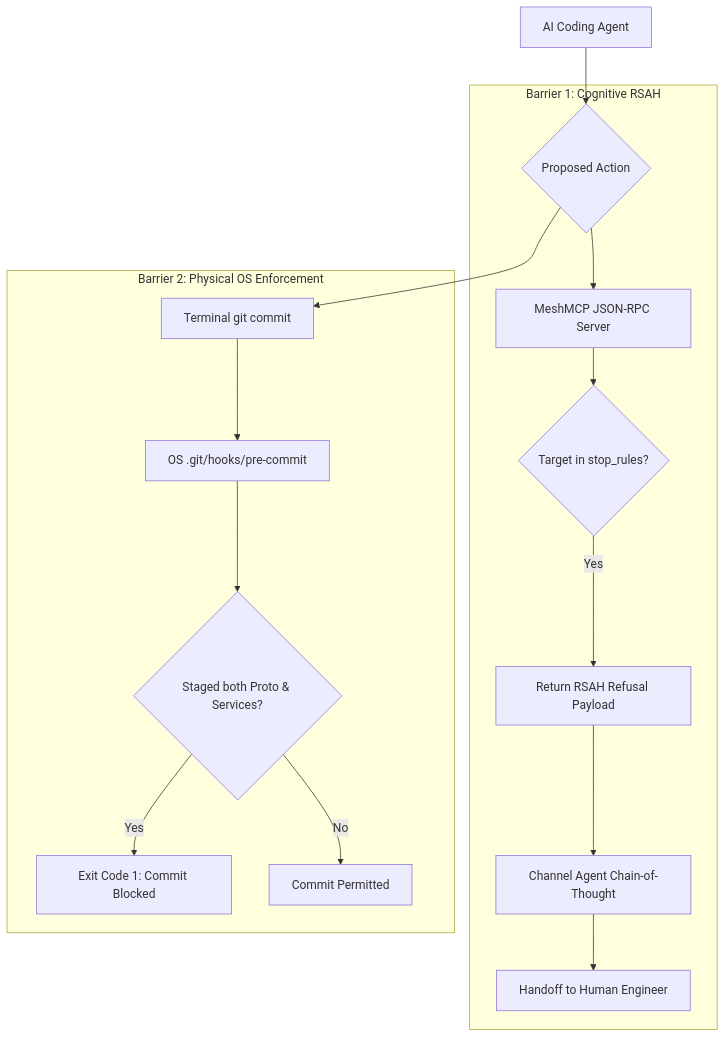
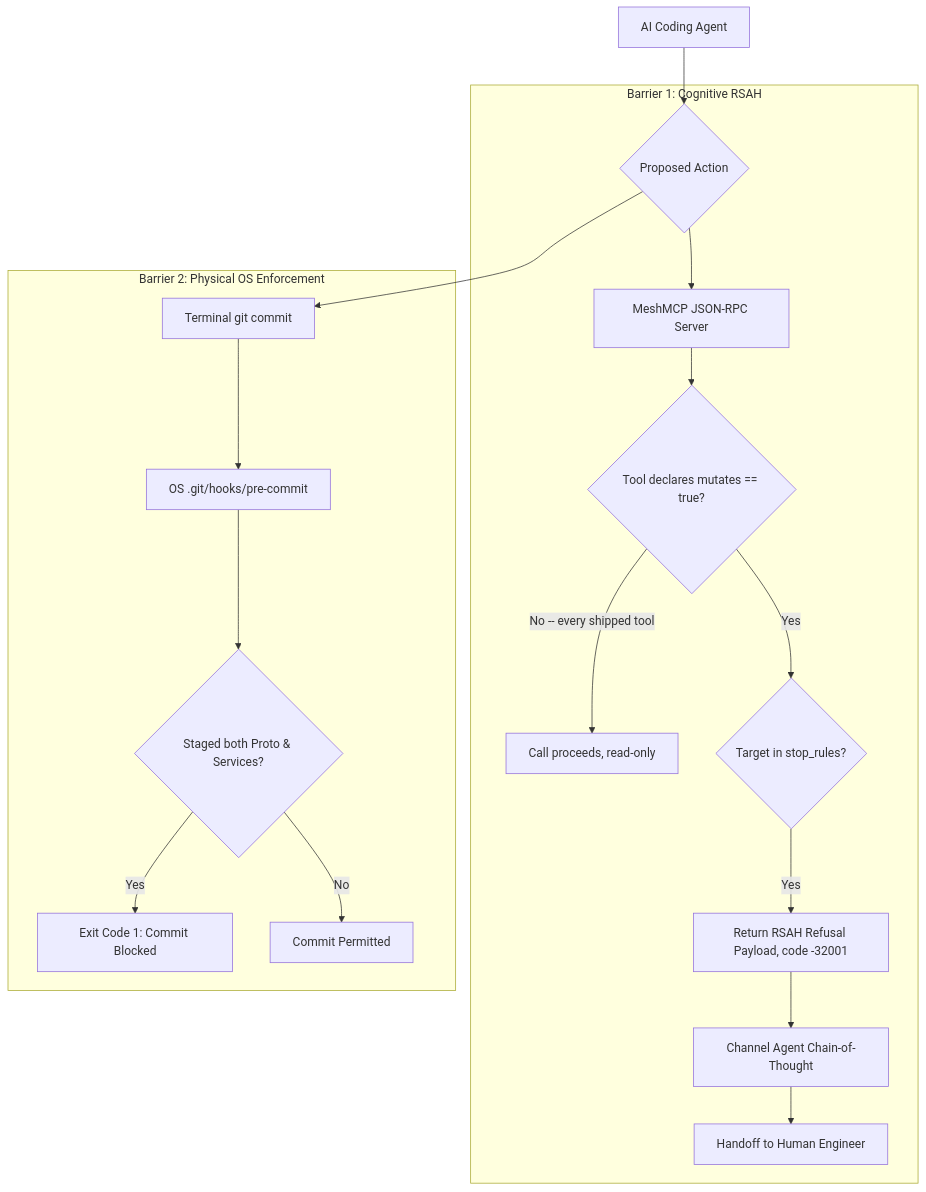
The diagram in docs/governance-rsah.md (VictorAgahi/causalmesh), drawn with Mermaid before and after one commit. The commit also changed other lines of this file and 11 other files, not shown here.

````diff
--- a/docs/governance-rsah.md
+++ b/docs/governance-rsah.md
@@ -26,20 +26,22 @@
 ```mermaid
 graph TD
     Agent[AI Coding Agent] --> Action{Proposed Action}
     
     subgraph Barrier 1: Cognitive RSAH
         Action --> Server[MeshMCP JSON-RPC Server]
-        Server --> GovCheck{Target in stop_rules?}
-        GovCheck -->|Yes| RSAH[Return RSAH Refusal Payload]
+        Server --> MutCheck{Tool declares mutates == true?}
+        MutCheck -->|No -- every shipped tool| Allowed2[Call proceeds, read-only]
+        MutCheck -->|Yes| GovCheck{Target in stop_rules?}
+        GovCheck -->|Yes| RSAH[Return RSAH Refusal Payload, code -32001]
         RSAH --> ChannelCoT[Channel Agent Chain-of-Thought]
         ChannelCoT --> Human[Handoff to Human Engineer]
     end
 
     subgraph Barrier 2: Physical OS Enforcement
         Action --> GitCommit[Terminal git commit]
         GitCommit --> PreCommit[OS .git/hooks/pre-commit]
         PreCommit --> DiffCheck{Staged both Proto & Services?}
         DiffCheck -->|Yes| Abort[Exit Code 1: Commit Blocked]
         DiffCheck -->|No| Allowed[Commit Permitted]
     end
 ```
````
